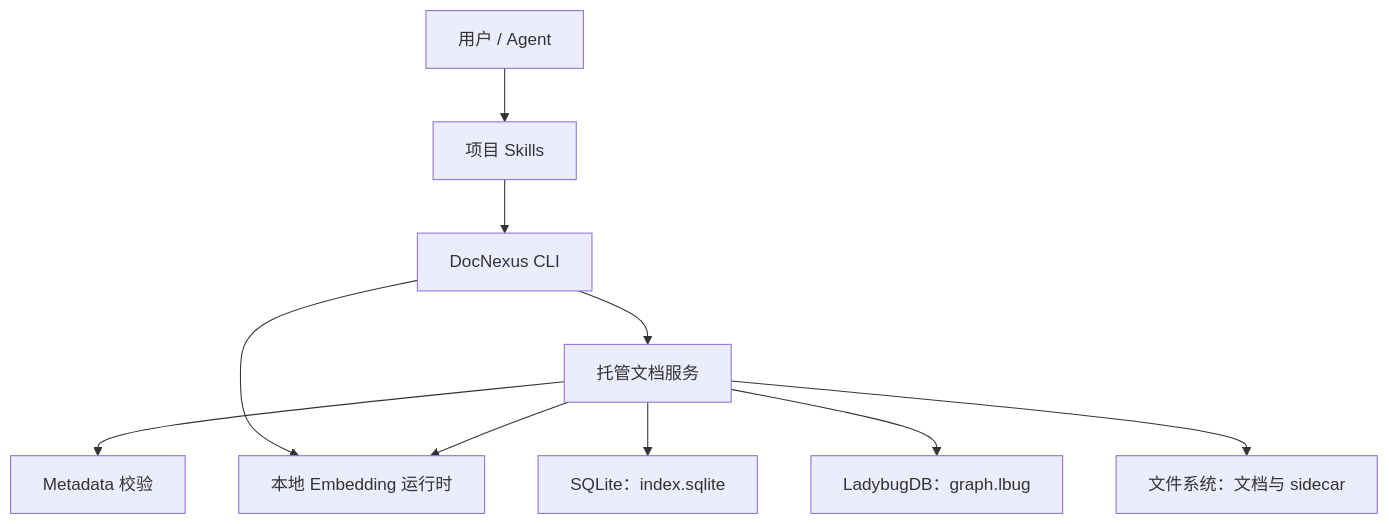
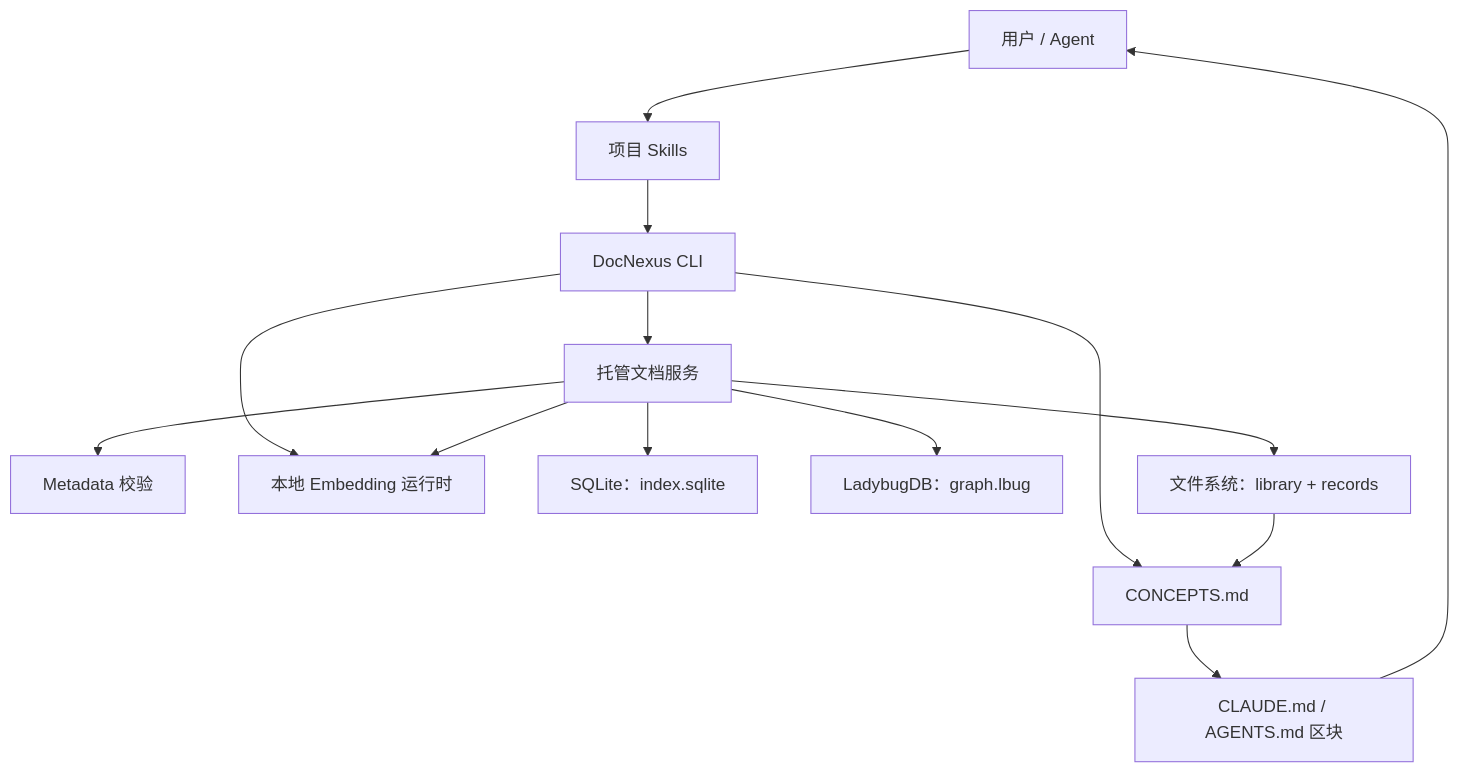
One commit to guilianerde/docnexus changed the first of 4 diagrams in docs/architecture/overview.zh-CN.md. Above: the diagram before and after it, drawn with Mermaid. The commit also changed other lines of this file and 7 other files, not shown here.

First line of the commit message:
docs: sync project documentation with records, concepts, and autonomous recall

````diff
--- a/docs/architecture/overview.zh-CN.md
+++ b/docs/architecture/overview.zh-CN.md
@@ -18,22 +19,28 @@
 ```mermaid
 flowchart TD
     U["用户 / Agent"]
     SKILLS["项目 Skills"]
     CLI["DocNexus CLI"]
     MANAGER["托管文档服务"]
     META["Metadata 校验"]
     EMBED["本地 Embedding 运行时"]
     SQLITE["SQLite：index.sqlite"]
     LBUG["LadybugDB：graph.lbug"]
-    FILES["文件系统：文档与 sidecar"]
+    FILES["文件系统：library + records"]
+    CONCEPTS["CONCEPTS.md"]
+    CTX["CLAUDE.md / AGENTS.md 区块"]
 
     U --> SKILLS
+    CTX --> U
+    CONCEPTS --> CTX
     SKILLS --> CLI
     CLI --> MANAGER
     CLI --> EMBED
+    CLI --> CONCEPTS
+    FILES --> CONCEPTS
     MANAGER --> META
     MANAGER --> EMBED
     MANAGER --> SQLITE
     MANAGER --> LBUG
     MANAGER --> FILES
 ```
````
